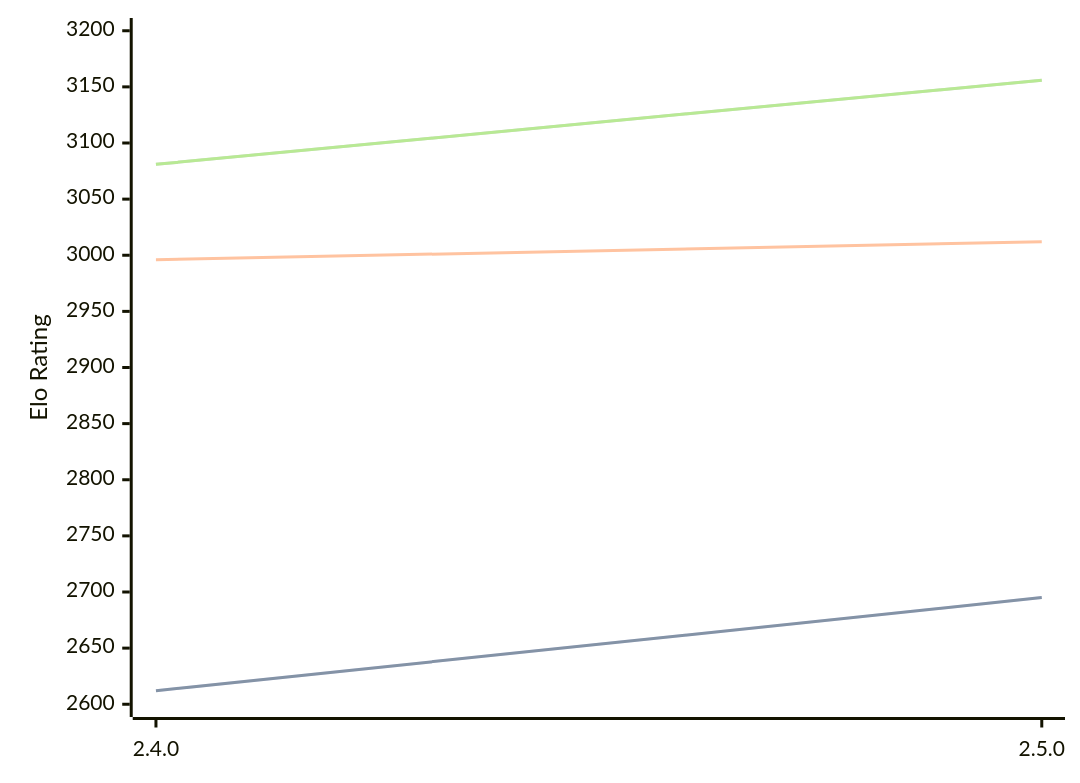
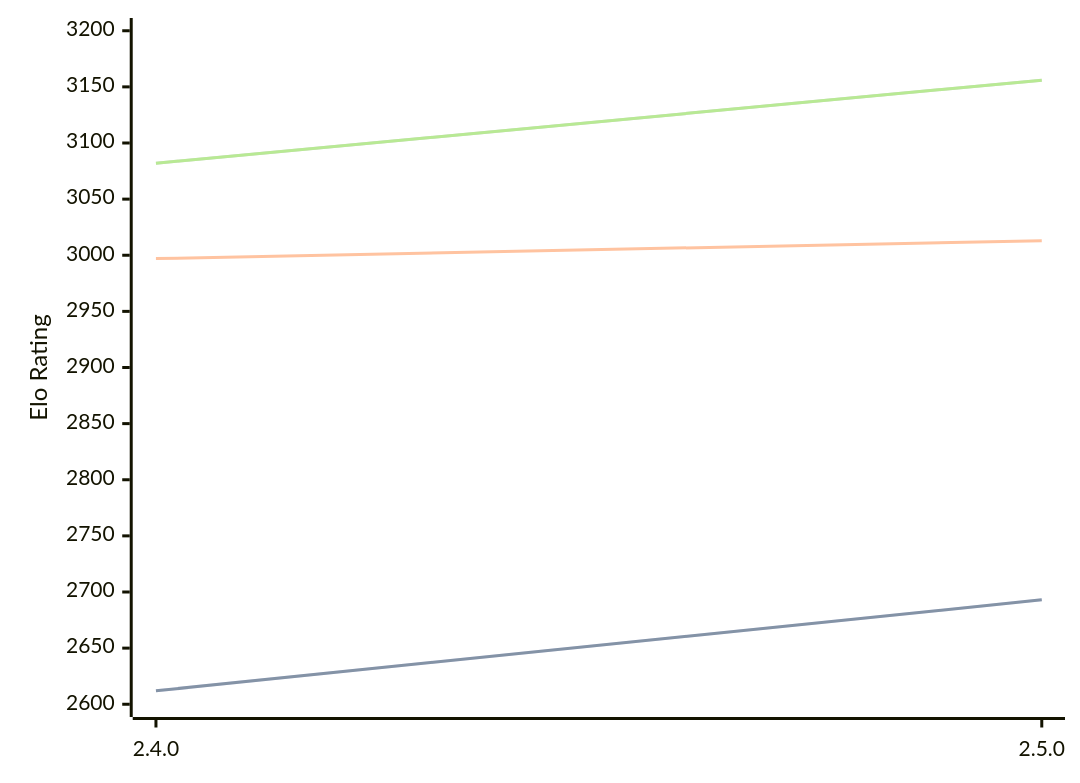
One commit to computer-chess-index/cci changed the first of 3 diagrams in engines/Sturddle2.md. Above: the diagram before and after it, drawn with Mermaid. The commit also changed other lines of this file, not shown here.

Commit message:
Update CCI Ratings (ELO VLTC) - 2026-07-13

````diff
--- a/engines/Sturddle2.md
+++ b/engines/Sturddle2.md
@@ -37,11 +37,11 @@
 ```mermaid
 %%{init: {"theme":"base","themeVariables":{"seriesColors:['#a3a3a3','#222221','#faa371']}}}%%
 xychart-beta
   x-axis ["2.4.0", "2.5.0"]
   y-axis "Elo Rating" 2600 --> 3200
-  line "STC (8.0+0.08s)" [2612, 2695]
-  line "STC (8.0+0.08s)" [2612, 2695]
-  line "LTC (60.0+0.60s)" [2996, 3012]
-  line "VLTC (2m24s+1.12s)" [3081, 3156]
-  line "VLTC (2m24s+1.12s)" [3081, 3156]
+  line "STC (8.0+0.08s)" [2612, 2693]
+  line "STC (8.0+0.08s)" [2612, 2693]
+  line "LTC (60.0+0.60s)" [2997, 3013]
+  line "VLTC (2m24s+1.12s)" [3082, 3156]
+  line "VLTC (2m24s+1.12s)" [3082, 3156]
 ```
````
